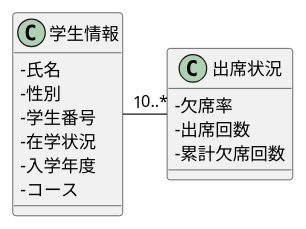
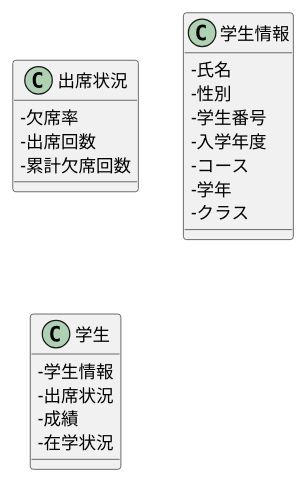
One commit to SIGESPLIDE/team_C changed the diagram in potechi/クラス_欠席回数登録.pu. Above: the diagram before and after it, drawn with PlantUML.

Commit message:
修正

```diff
--- a/potechi/クラス_欠席回数登録.pu
+++ b/potechi/クラス_欠席回数登録.pu
@@ -1,24 +1,31 @@
 @startuml クラス_欠席回数登録
 
 skinparam classAttributeIconSize 0
 
 ' クラスの定義
 class 出席状況 {
     - 欠席率
     - 出席回数
     - 累計欠席回数
 }
 
 class 学生情報 {
     - 氏名
     - 性別
     - 学生番号
-    - 在学状況
     - 入学年度
     - コース
+    - 学年
+    - クラス
+}
+
+class 学生 {
+    - 学生情報
+    - 出席状況
+    - 成績
+    - 在学状況
 }
 
 ' クラス間の関係
-学生情報 "1" - "  0..*" 出席状況
 
 @enduml
```
